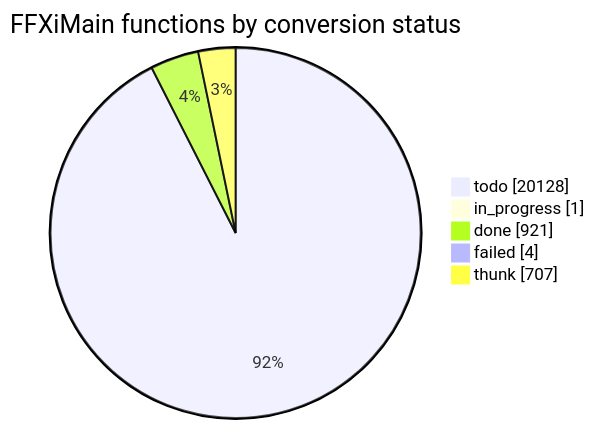
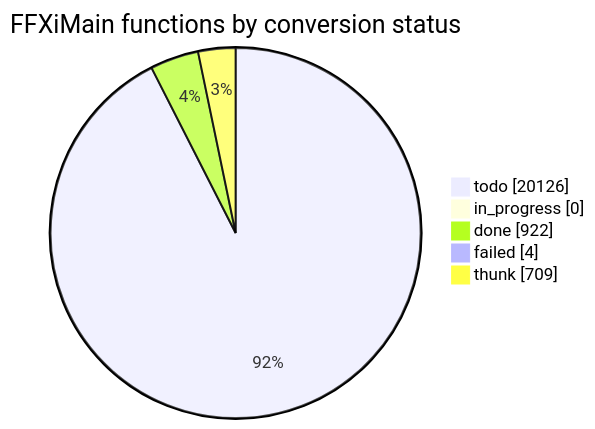
Before and after one commit to cowrevenge/cow_kuluu_xi_anything: the diagram in docs/cow/STATUS.md, drawn with Mermaid. The commit also changed other lines of this file and 9 other files, not shown here.

````diff
--- a/docs/cow/STATUS.md
+++ b/docs/cow/STATUS.md
@@ -18,9 +18,9 @@
 ```mermaid
 pie showData
     title FFXiMain functions by conversion status
-    "todo" : 20128
-    "in_progress" : 1
-    "done" : 921
+    "todo" : 20126
+    "in_progress" : 0
+    "done" : 922
     "failed" : 4
-    "thunk" : 707
+    "thunk" : 709
 ```
````
